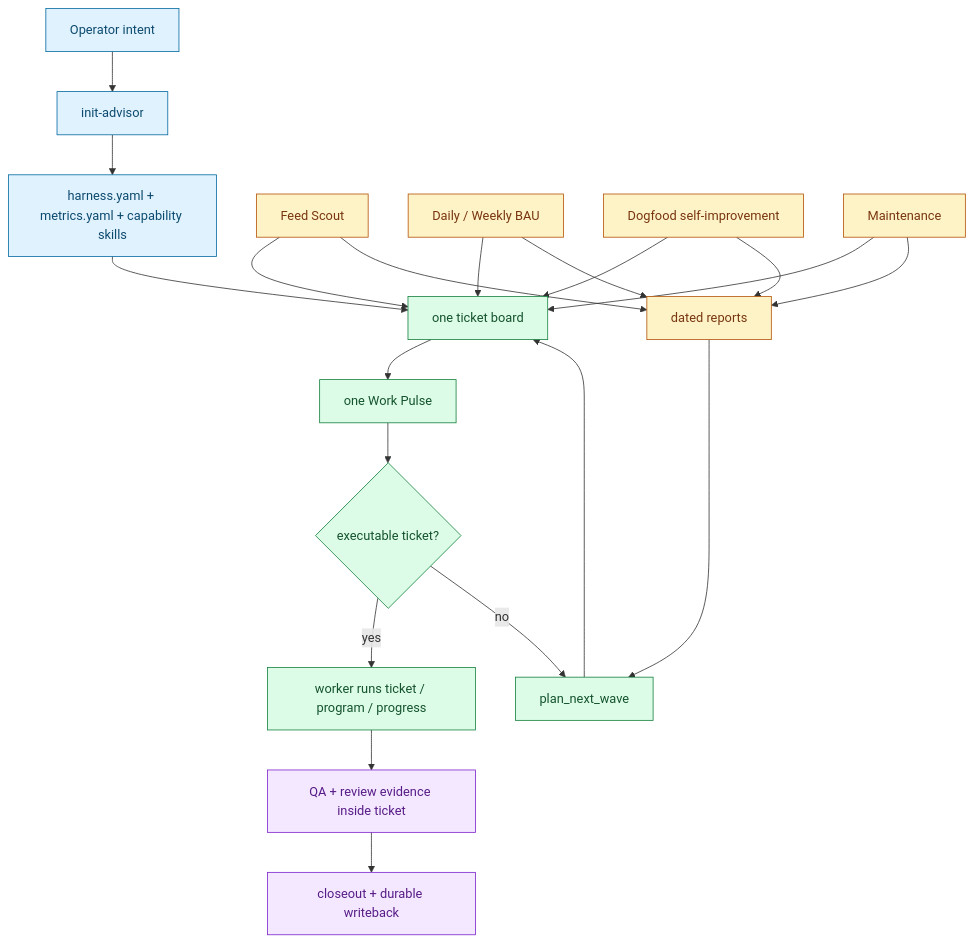
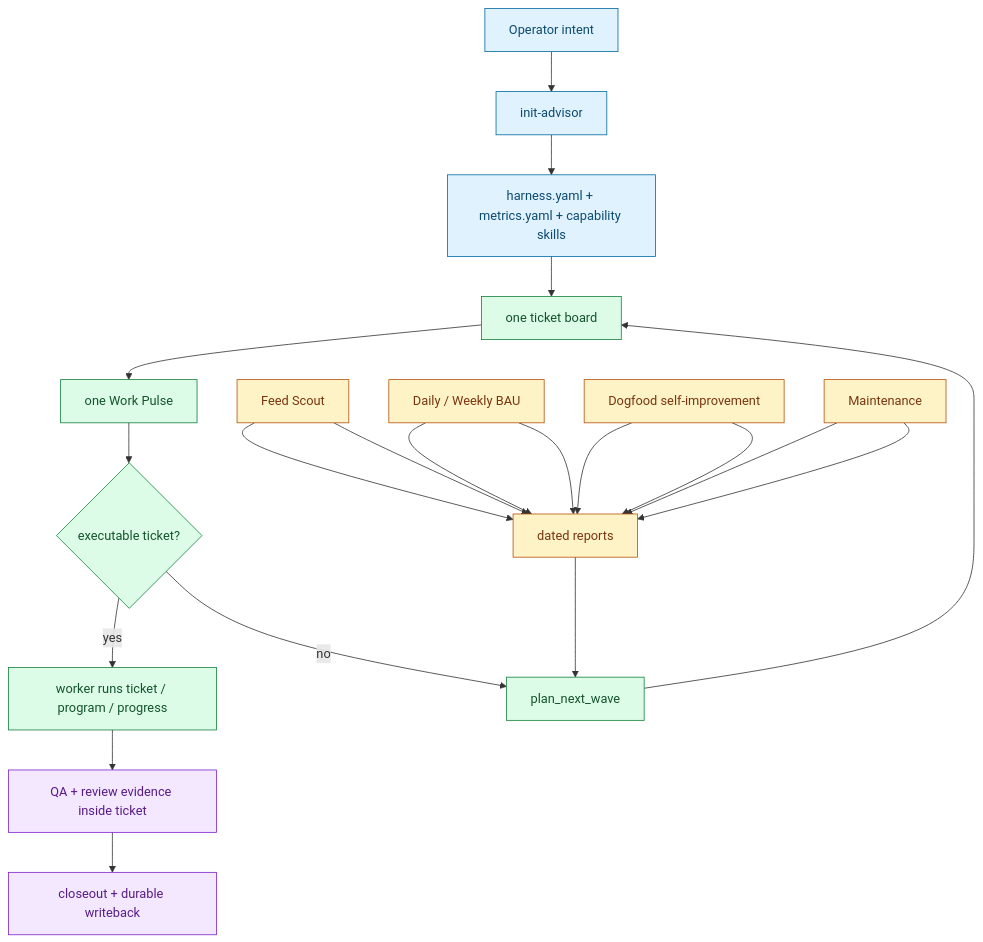
One commit to ZanarkandTechnologies/Farplane changed the diagram in docs/farplane-framework/lifecycle.md. Above: the diagram before and after it, drawn with Mermaid. The commit also changed other lines of this file and 22 other files, not shown here.

````diff
--- a/docs/farplane-framework/lifecycle.md
+++ b/docs/farplane-framework/lifecycle.md
@@ -68,28 +68,28 @@
 ```mermaid
 flowchart TD
   classDef program fill:#e0f2fe,stroke:#0369a1,color:#0c4a6e
   classDef work fill:#dcfce7,stroke:#15803d,color:#14532d
   classDef source fill:#fef3c7,stroke:#b45309,color:#78350f
   classDef proof fill:#f3e8ff,stroke:#7e22ce,color:#581c87
 
   A["Operator intent"]:::program --> B["init-advisor"]:::program
   B --> C["harness.yaml + metrics.yaml + capability skills"]:::program
   C --> D["one ticket board"]:::work
   D --> E["one Work Pulse"]:::work
   E --> F{"executable ticket?"}:::work
   F -->|yes| G["worker runs ticket / program / progress"]:::work
   F -->|no| H["plan_next_wave"]:::work
   H --> D
   G --> I["QA + review evidence inside ticket"]:::proof
   I --> J["closeout + durable writeback"]:::proof
 
-  K["Feed Scout"]:::source --> D
-  L["Daily / Weekly BAU"]:::source --> D
-  M["Dogfood self-improvement"]:::source --> D
-  N["Maintenance"]:::source --> D
+  K["Feed Scout"]:::source --> O
+  L["Daily / Weekly BAU"]:::source --> O
+  M["Dogfood self-improvement"]:::source --> O
+  N["Maintenance"]:::source --> O
   K --> O["dated reports"]:::source
   L --> O
   M --> O
   N --> O
   O --> H
 ```
````
